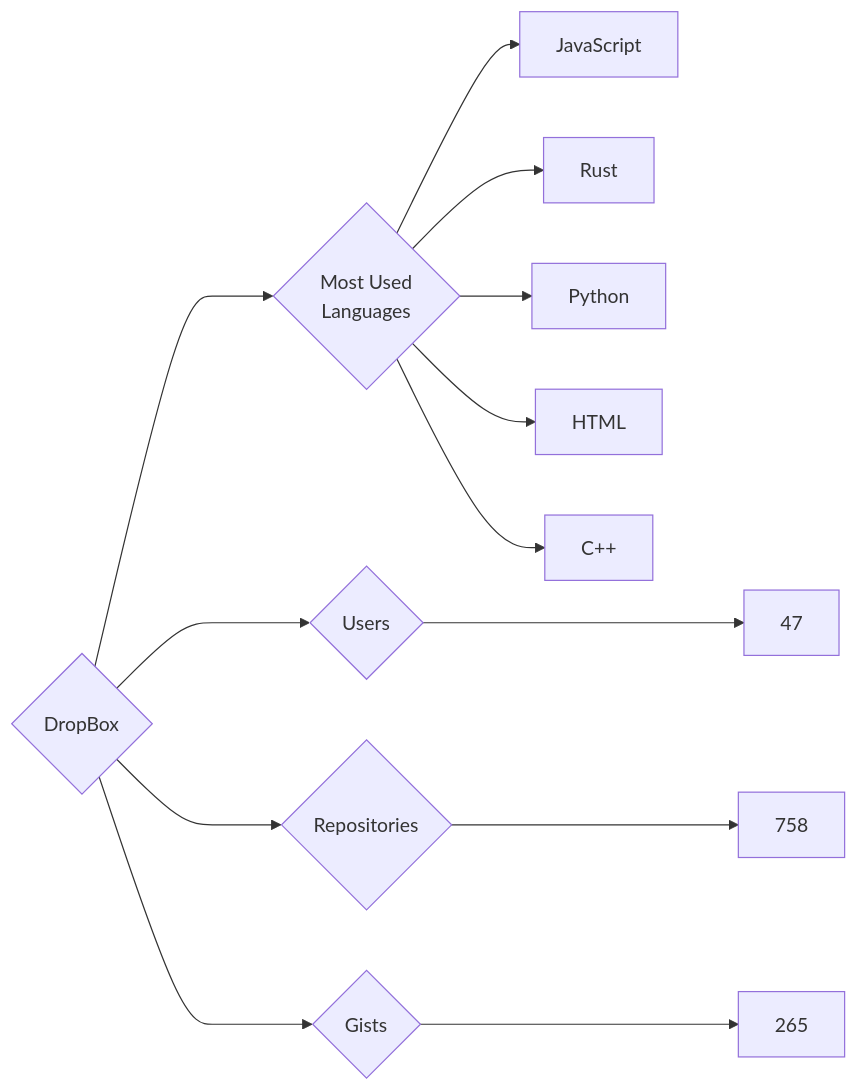
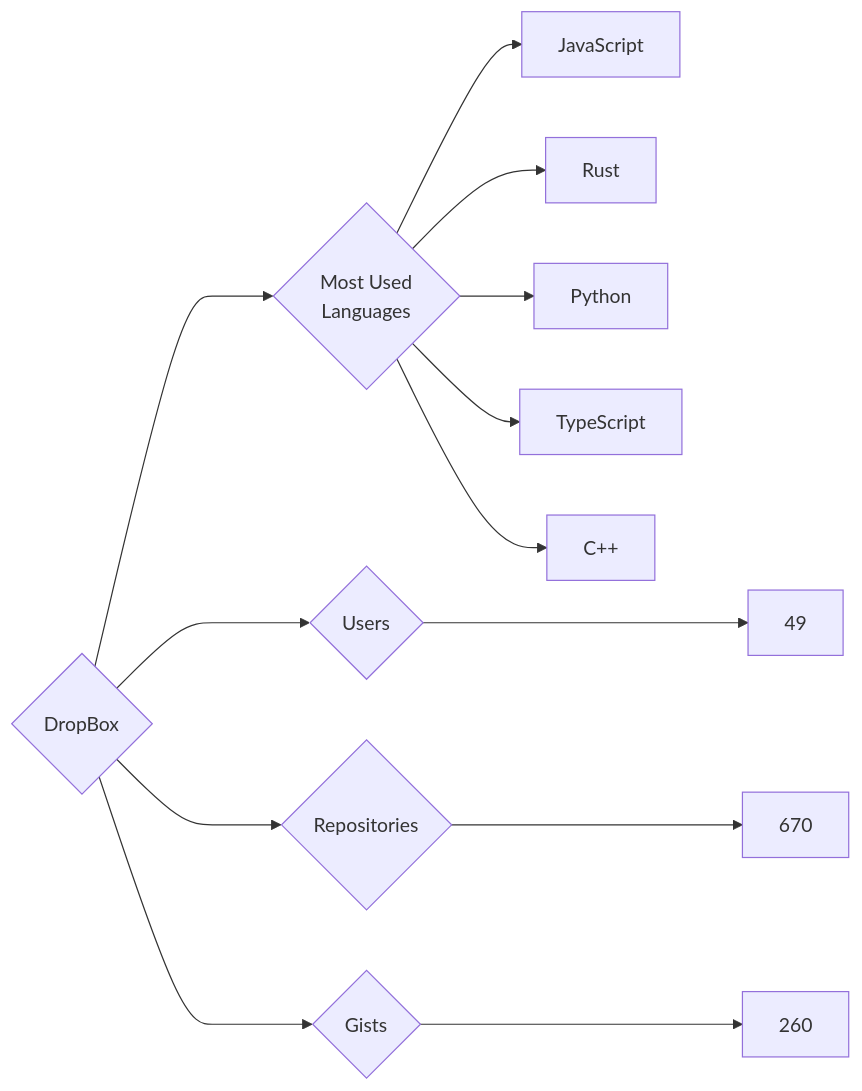
One commit to trickest/insiders changed the diagram in targets/DropBox/README.md. Above: the diagram before and after it, drawn with Mermaid. The commit also changed 681 other files, not shown here.

````diff
--- a/targets/DropBox/README.md
+++ b/targets/DropBox/README.md
@@ -3,13 +3,13 @@
 ```mermaid
 graph LR
 COMPANY_NAME{DropBox}
-COMPANY_NAME ---> U{Users} ---> UN[47]
-COMPANY_NAME ---> R{Repositories} ---> RN[758]
-COMPANY_NAME ---> G{Gists} ---> GN[265]
+COMPANY_NAME ---> U{Users} ---> UN[49]
+COMPANY_NAME ---> R{Repositories} ---> RN[670]
+COMPANY_NAME ---> G{Gists} ---> GN[260]
 COMPANY_NAME ---> ML{Most Used<br>Languages}
 ML --> JavaScript[JavaScript]
 ML --> Rust[Rust]
 ML --> Python[Python]
-ML --> HTML[HTML]
+ML --> TypeScript[TypeScript]
 ML --> C++[C++]
 ```
````
